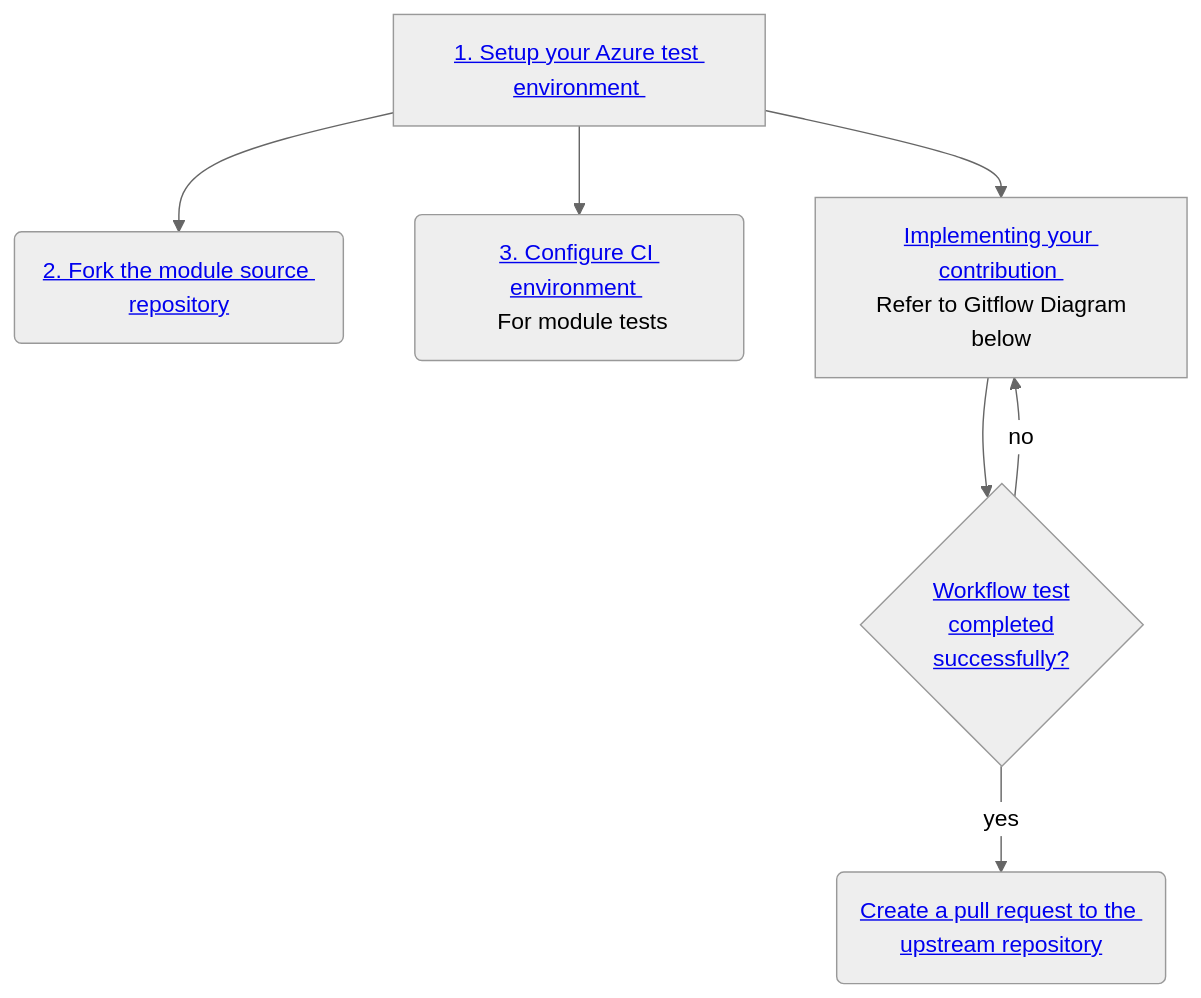
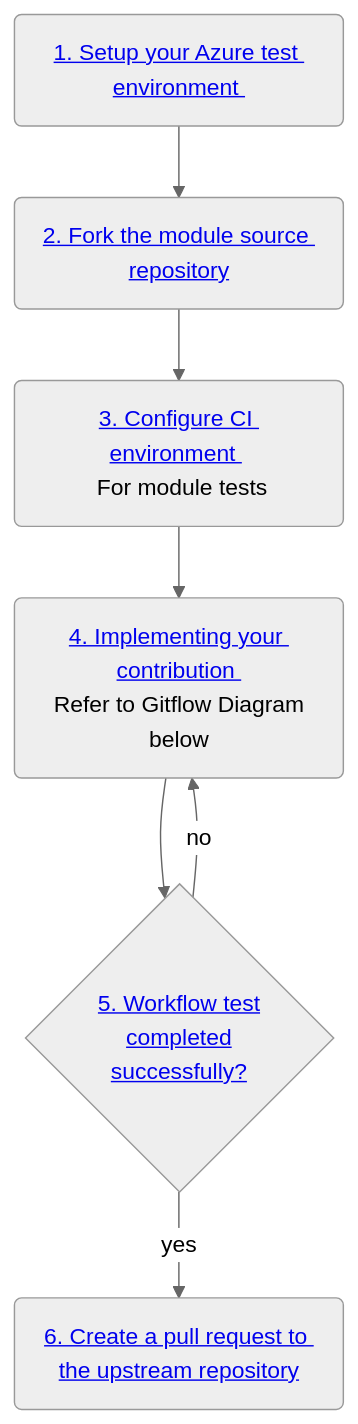
The first of 2 diagrams in docs/content/contributing/bicep/bicep-contribution-flow/_index.md (Azure/Azure-Verified-Modules), drawn with Mermaid (neutral theme) before and after one commit. The commit also changed other lines of this file and 1 other file, not shown here.

Commit message:
Update to Bicep Contribution Guide & Tooling (#318)

```diff
--- a/docs/content/contributing/bicep/bicep-contribution-flow/_index.md
+++ b/docs/content/contributing/bicep/bicep-contribution-flow/_index.md
@@ -12,15 +12,15 @@
 {{< mermaid class="text-center" >}}
   flowchart TD
-    A[<a href='/Azure-Verified-Modules/contributing/bicep/bicep-contribution-flow/#1-setup-your-azure-test-environment'>1. Setup your Azure test environment </a>]
+    A(<a href='/Azure-Verified-Modules/contributing/bicep/bicep-contribution-flow/#1-setup-your-azure-test-environment'>1. Setup your Azure test environment </a>)
     B(<a href='/Azure-Verified-Modules/contributing/bicep/bicep-contribution-flow/#1-setup-your-azure-test-environment'>2. Fork the module source repository</a>)
     C(<a href='/Azure-Verified-Modules/contributing/bicep/bicep-contribution-flow/#3-configure-your-ci-environment'>3. Configure CI environment </a> <br> For module tests)
-    D[<a href='/Azure-Verified-Modules/contributing/bicep/bicep-contribution-flow/#4-implement-your-contribution'>Implementing your contribution </a><br> Refer to Gitflow Diagram below]
-    E{<a href='/Azure-Verified-Modules/contributing/bicep/bicep-contribution-flow/#5-createupdate-and-run-tests'>Workflow test <br> completed <br> successfully?</a>}
-    F(<a href='/Azure-Verified-Modules/contributing/bicep/bicep-contribution-flow/#6-create-a-pull-request-to-the-public-bicep-registry'>Create a pull request to the upstream repository</a>)
+    D(<a href='/Azure-Verified-Modules/contributing/bicep/bicep-contribution-flow/#4-implement-your-contribution'>4. Implementing your contribution </a><br> Refer to Gitflow Diagram below)
+    E{<a href='/Azure-Verified-Modules/contributing/bicep/bicep-contribution-flow/#5-createupdate-and-run-tests'>5. Workflow test <br> completed <br> successfully?</a>}
+    F(<a href='/Azure-Verified-Modules/contributing/bicep/bicep-contribution-flow/#6-create-a-pull-request-to-the-public-bicep-registry'>6. Create a pull request to the upstream repository</a>)
     A --> B
-    A --> C
-    A --> D
+    B --> C
+    C --> D
     D --> E
     E -->|yes|F
     E -->|no|D
 {{< /mermaid >}}
```
